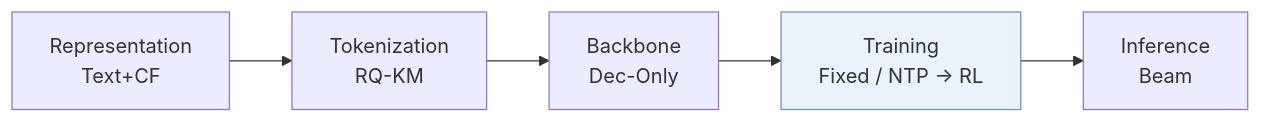
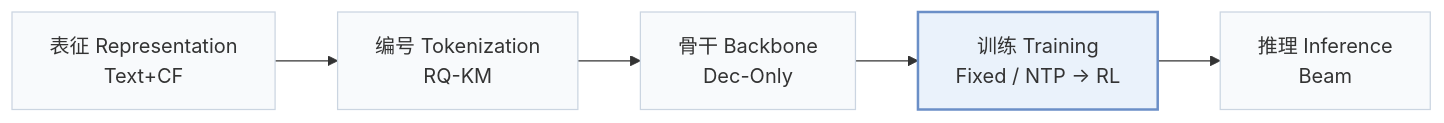
The first of 4 diagrams in pages/zh/papers/gream.md (Galaxy-ghost/Awesome-SID-Generative-Rec), drawn with Mermaid before and after one commit. The commit also changed other lines of this file and 649 other files, not shown here.

Commit message:
writer-05: also tags and modality index (schema, check, build, visuals); summary field removed; calibration data for 12 papers

````diff
--- a/pages/zh/papers/gream.md
+++ b/pages/zh/papers/gream.md
@@ -13,6 +15,8 @@
 ```mermaid
 flowchart LR
-    R["Representation<br/>Text+CF"] --> T["Tokenization<br/>RQ-KM"] --> B["Backbone<br/>Dec-Only"] --> TR["Training<br/>Fixed / NTP → RL"] --> I["Inference<br/>Beam"]
-    classDef main fill:#eaf2fb,stroke:#6b8fc7
+    R["表征 Representation<br/>Text+CF"] --> T["编号 Tokenization<br/>RQ-KM"] --> B["骨干 Backbone<br/>Dec-Only"] --> TR["训练 Training<br/>Fixed / NTP → RL"] --> I["推理 Inference<br/>Beam"]
+    classDef base fill:#f8fafc,stroke:#cbd5e1
+    class R,T,B,TR,I base
+    classDef main fill:#eaf2fb,stroke:#6b8fc7,stroke-width:2px
     class TR main
 ```
````
